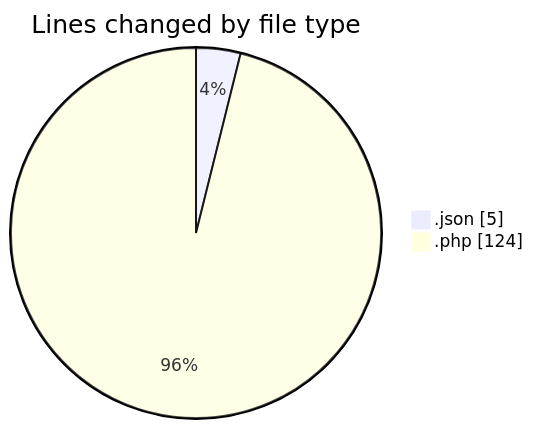
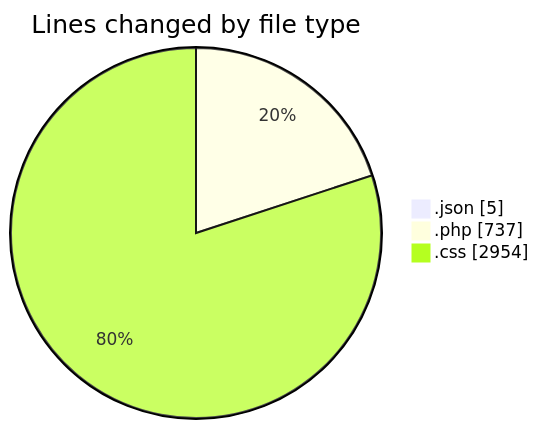
The first of 2 diagrams in 2026-07-01/wp-content/README.md (debugP/code-tracking), drawn with Mermaid before and after one commit. The commit also changed other lines of this file and 1 other file, not shown here.

````diff
--- a/2026-07-01/wp-content/README.md
+++ b/2026-07-01/wp-content/README.md
@@ -22,6 +25,7 @@
 ```mermaid
 pie showData
 title Lines changed by file type
 ".json" : 5
-".php" : 124
+".php" : 737
+".css" : 2954
 ```
````
